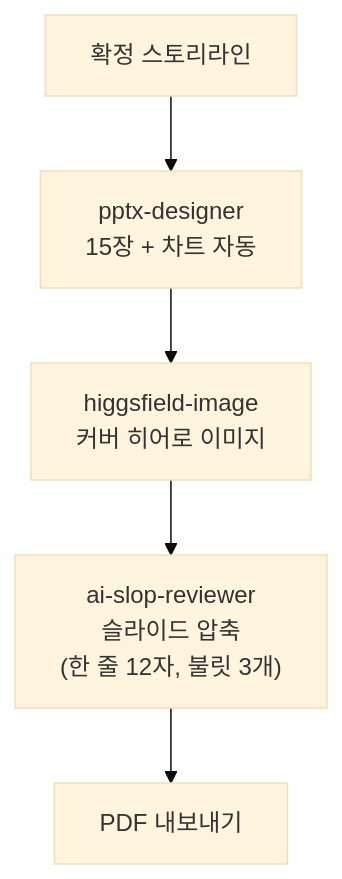
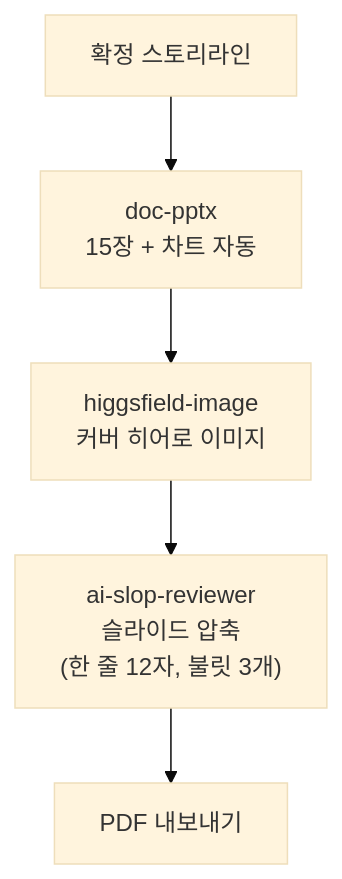
One commit to modu-ai/cowork-plugins changed the fourth of 4 diagrams in www/content/cookbook/ir-deck.md. Above: the diagram before and after it, drawn with Mermaid (base theme). The commit also changed other lines of this file and 45 other files, not shown here.

First line of the commit message:
docs(www): 스킬명 정합 + 깨진 링크 수정 + mermaid 보강

````diff
--- a/www/content/cookbook/ir-deck.md
+++ b/www/content/cookbook/ir-deck.md
@@ -154,7 +154,7 @@
 ```mermaid
 flowchart TD
-   SL["확정 스토리라인"] --> PP["pptx-designer<br/>15장 + 차트 자동"]
+   SL["확정 스토리라인"] --> PP["doc-pptx<br/>15장 + 차트 자동"]
    PP --> NB["higgsfield-image<br/>커버 히어로 이미지"]
    NB --> SL2["ai-slop-reviewer<br/>슬라이드 압축<br/>(한 줄 12자, 불릿 3개)"]
    SL2 --> PDF["PDF 내보내기"]
 ```
````
